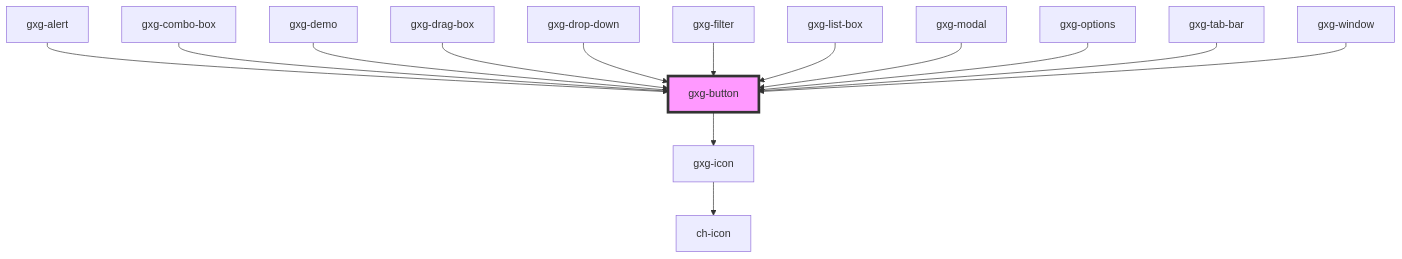
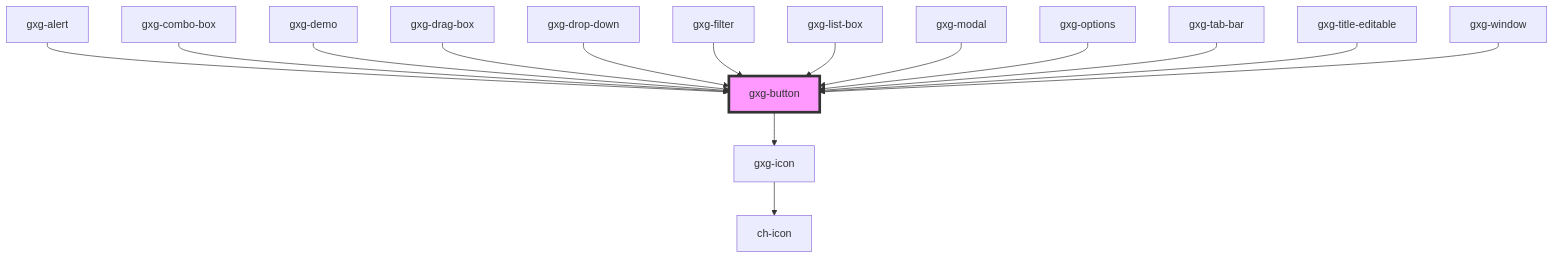
The diagram in src/components/button/readme.md (genexuslabs/gemini), drawn with Mermaid before and after one commit. The commit also changed other lines of this file and 8 other files, not shown here.

Commit message:
add gxg-title-editable

````diff
--- a/src/components/button/readme.md
+++ b/src/components/button/readme.md
@@ -73,17 +70,18 @@
 ```mermaid
 graph TD;
   gxg-button --> gxg-icon
   gxg-icon --> ch-icon
   gxg-alert --> gxg-button
   gxg-combo-box --> gxg-button
   gxg-demo --> gxg-button
   gxg-drag-box --> gxg-button
   gxg-drop-down --> gxg-button
   gxg-filter --> gxg-button
   gxg-list-box --> gxg-button
   gxg-modal --> gxg-button
   gxg-options --> gxg-button
   gxg-tab-bar --> gxg-button
+  gxg-title-editable --> gxg-button
   gxg-window --> gxg-button
   style gxg-button fill:#f9f,stroke:#333,stroke-width:4px
 ```
````
